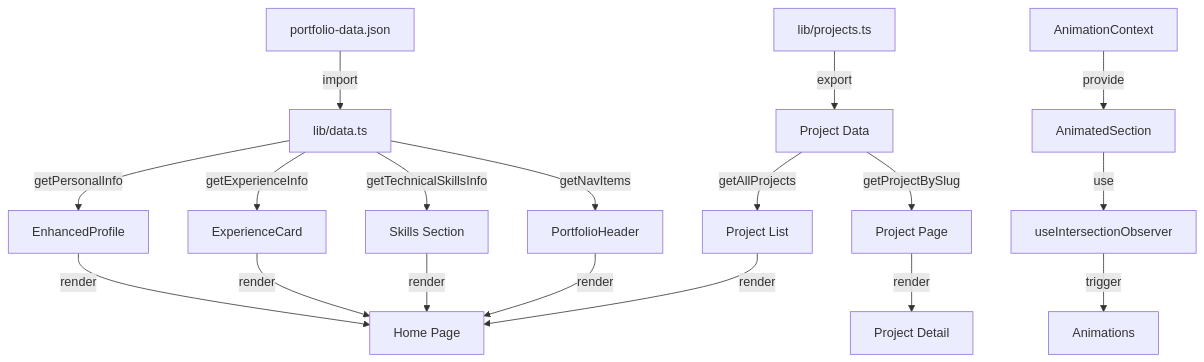
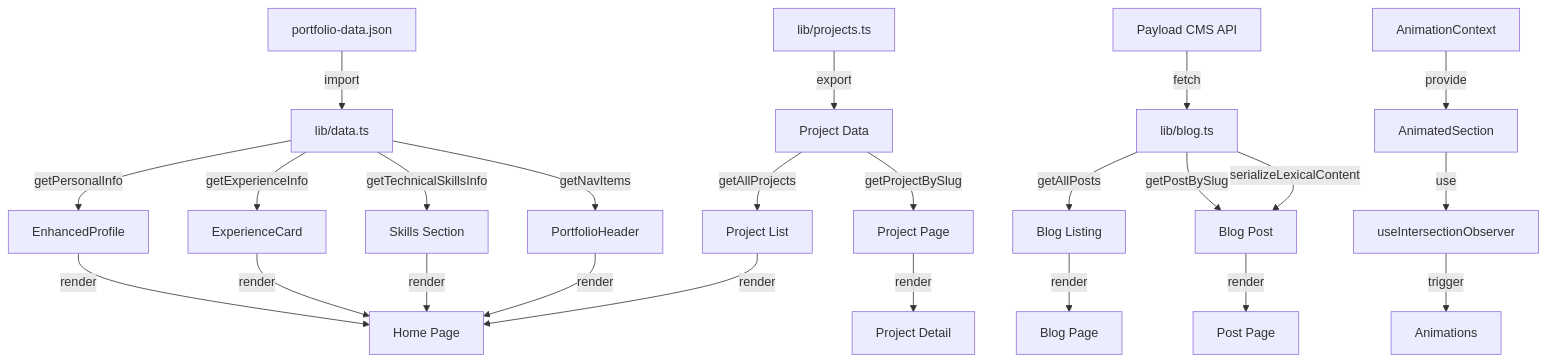
The diagram in docs/APP_DOCUMENTATION.md (dimamorar/morar.dev), drawn with Mermaid before and after one commit. The commit also changed other lines of this file and 8 other files, not shown here.

````diff
--- a/docs/APP_DOCUMENTATION.md
+++ b/docs/APP_DOCUMENTATION.md
@@ -215,22 +297,30 @@
 ```mermaid
 graph TD
     A[portfolio-data.json] -->|import| B[lib/data.ts]
     C[lib/projects.ts] -->|export| D[Project Data]
-    B -->|getPersonalInfo| E[EnhancedProfile]
-    B -->|getExperienceInfo| F[ExperienceCard]
-    B -->|getTechnicalSkillsInfo| G[Skills Section]
-    B -->|getNavItems| H[PortfolioHeader]
-    D -->|getProjectBySlug| I[Project Page]
-    D -->|getAllProjects| J[Project List]
+    E[Payload CMS API] -->|fetch| F[lib/blog.ts]
     
-    E -->|render| K[Home Page]
-    F -->|render| K
-    G -->|render| K
-    H -->|render| K
-    I -->|render| L[Project Detail]
-    J -->|render| K
+    B -->|getPersonalInfo| G[EnhancedProfile]
+    B -->|getExperienceInfo| H[ExperienceCard]
+    B -->|getTechnicalSkillsInfo| I[Skills Section]
+    B -->|getNavItems| J[PortfolioHeader]
+    D -->|getProjectBySlug| K[Project Page]
+    D -->|getAllProjects| L[Project List]
     
-    M[AnimationContext] -->|provide| N[AnimatedSection]
-    N -->|use| O[useIntersectionObserver]
-    O -->|trigger| P[Animations]
+    F -->|getAllPosts| M[Blog Listing]
+    F -->|getPostBySlug| N[Blog Post]
+    F -->|serializeLexicalContent| N
+    
+    G -->|render| O[Home Page]
+    H -->|render| O
+    I -->|render| O
+    J -->|render| O
+    K -->|render| P[Project Detail]
+    L -->|render| O
+    M -->|render| Q[Blog Page]
+    N -->|render| R[Post Page]
+    
+    S[AnimationContext] -->|provide| T[AnimatedSection]
+    T -->|use| U[useIntersectionObserver]
+    U -->|trigger| V[Animations]
 ```
````
